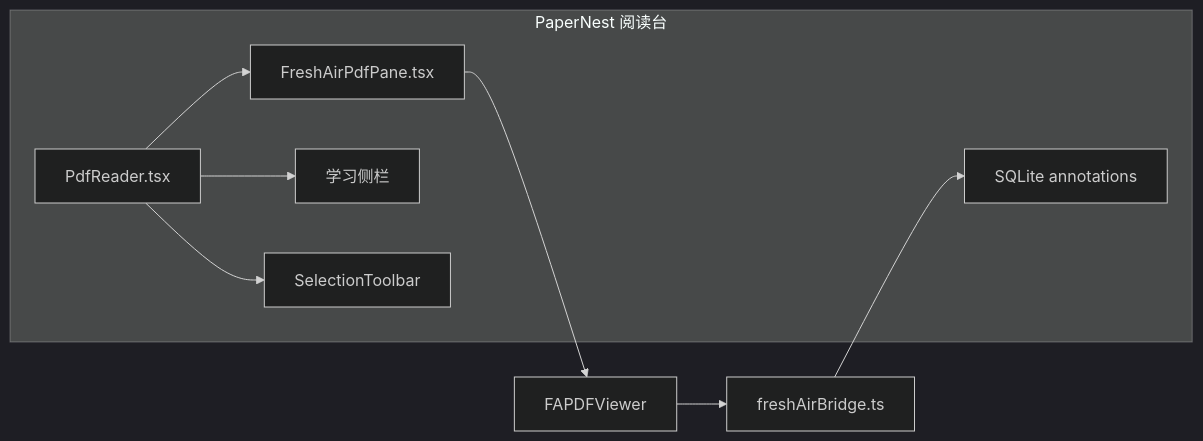
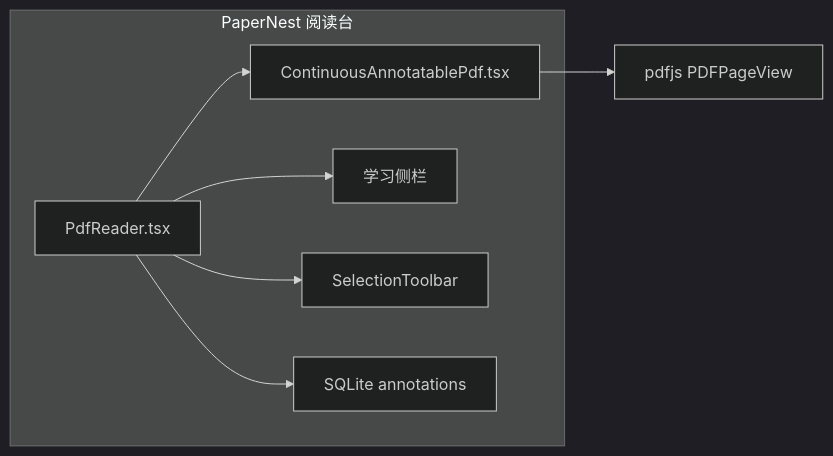
The second of 8 diagrams in docs/DEVELOPMENT.md (naipings/PaperNest), drawn with Mermaid (dark theme) before and after one commit. The commit also changed other lines of this file and 55 other files, not shown here.

````diff
--- a/docs/DEVELOPMENT.md
+++ b/docs/DEVELOPMENT.md
@@ -58,17 +54,16 @@
 ```mermaid
 flowchart LR
   subgraph PaperNest["PaperNest 阅读台"]
     PdfReader["PdfReader.tsx"]
-    FreshAirPdfPane["FreshAirPdfPane.tsx"]
+    ContinuousPdf["ContinuousAnnotatablePdf.tsx"]
     StudySidebar["学习侧栏"]
     SelectionToolbar["SelectionToolbar"]
     SQLite["SQLite annotations"]
   end
 
-  PdfReader --> FreshAirPdfPane
+  PdfReader --> ContinuousPdf
   PdfReader --> StudySidebar
   PdfReader --> SelectionToolbar
-  FreshAirPdfPane --> FAPDFViewer["FAPDFViewer"]
-  FAPDFViewer --> Bridge["freshAirBridge.ts"]
-  Bridge --> SQLite
+  ContinuousPdf --> PDFPageView["pdfjs PDFPageView"]
+  PdfReader --> SQLite
 ```
````
